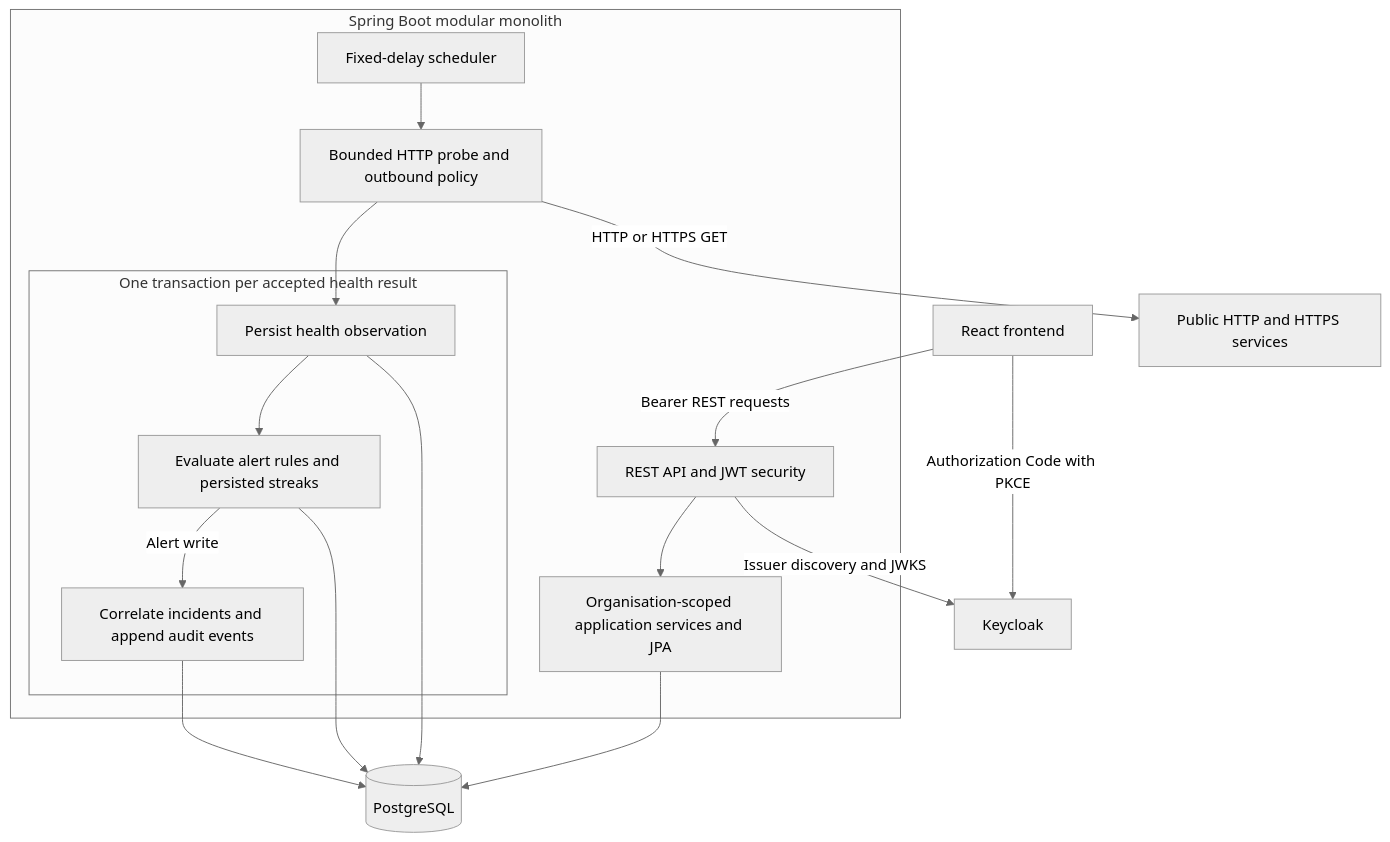
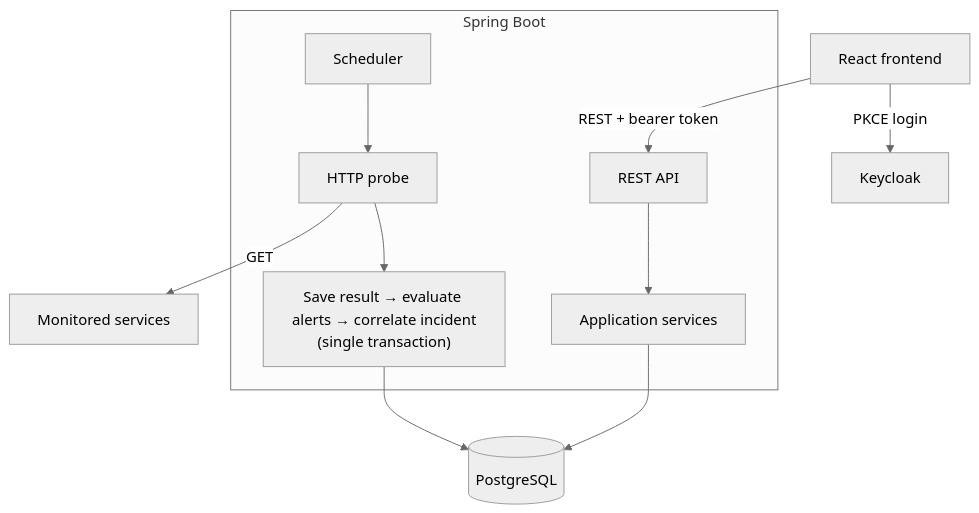
The diagram in README.md (Mohamad04/OpsPilot), drawn with Mermaid (neutral theme) before and after one commit. The commit also changed other lines of this file, not shown here.

````diff
--- a/README.md
+++ b/README.md
@@ -86,33 +39,15 @@
 ```mermaid
 flowchart TB
-    ui["React frontend"]
-    identity["Keycloak"]
-    targets["Public HTTP and HTTPS services"]
-    db[("PostgreSQL")]
+    ui["React frontend"] -->|PKCE login| kc["Keycloak"]
+    ui -->|REST + bearer token| api
 
-    subgraph backend["Spring Boot modular monolith"]
-        api["REST API and JWT security"]
-        app["Organisation-scoped application services and JPA"]
-        scheduler["Fixed-delay scheduler"]
-        probe["Bounded HTTP probe and outbound policy"]
-        subgraph tx["One transaction per accepted health result"]
-            store["Persist health observation"]
-            evaluation["Evaluate alert rules and persisted streaks"]
-            correlation["Correlate incidents and append audit events"]
-            store --> evaluation
-            evaluation -->|Alert write| correlation
-        end
-        api --> app
-        scheduler --> probe
-        probe --> store
+    subgraph backend["Spring Boot"]
+        api["REST API"] --> app["Application services"]
+        sched["Scheduler"] --> probe["HTTP probe"]
+        probe --> tx["Save result → evaluate alerts → correlate incident<br/>(single transaction)"]
     end
 
-    ui -->|Authorization Code with PKCE| identity
-    ui -->|Bearer REST requests| api
-    api -->|Issuer discovery and JWKS| identity
-    probe -->|HTTP or HTTPS GET| targets
-    app --> db
-    store --> db
-    evaluation --> db
-    correlation --> db
+    probe -->|GET| targets["Monitored services"]
+    app --> db[("PostgreSQL")]
+    tx --> db
 ```
````
